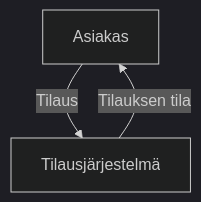
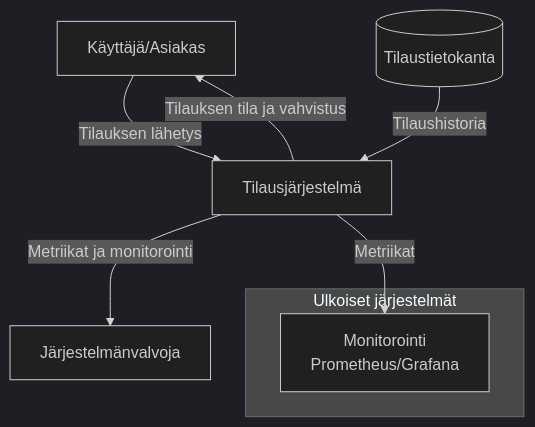
One commit to Kiiskil/LogisnextAssing changed the first of 4 diagrams in docs/C4_DIAGRAM.md. Above: the diagram before and after it, drawn with Mermaid (dark theme). The commit also changed other lines of this file and 3 other files, not shown here.

````diff
--- a/docs/C4_DIAGRAM.md
+++ b/docs/C4_DIAGRAM.md
@@ -5,5 +5,11 @@
 ```mermaid
 graph TB
-    Client[Asiakas] -->|Tilaus| System[Tilausjärjestelmä]
-    System -->|Tilauksen tila| Client
+    Client[Käyttäjä/Asiakas] -->|Tilauksen lähetys| System[Tilausjärjestelmä]
+    System -->|Tilauksen tila ja vahvistus| Client
+    System -->|Metriikat ja monitorointi| Admin[Järjestelmänvalvoja]
+    DB[(Tilaustietokanta)] -->|Tilaushistoria| System
+    subgraph "Ulkoiset järjestelmät"
+        Monitoring[Monitorointi\nPrometheus/Grafana]
+    end
+    System -->|Metriikat| Monitoring
 ```
````
